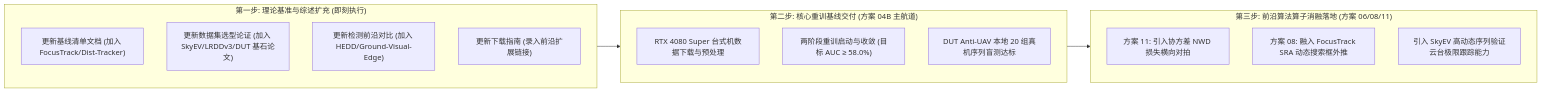
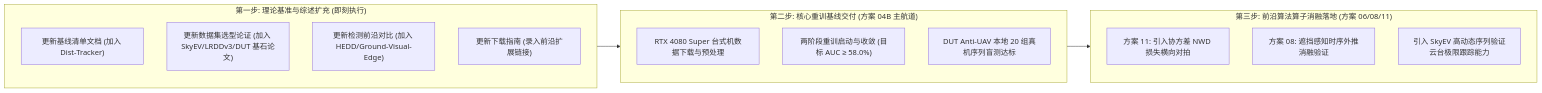
One commit to soranokiseki1437/nanhu_RGB_PTZ changed the second of 2 diagrams in 待执行方案/临时_前沿小模型与数据集纳入课题演进规划方案.md. Above: the diagram before and after it, drawn with Mermaid. The commit also changed other lines of this file and 1 other file, not shown here.

````diff
--- a/待执行方案/临时_前沿小模型与数据集纳入课题演进规划方案.md
+++ b/待执行方案/临时_前沿小模型与数据集纳入课题演进规划方案.md
@@ -160,24 +161,24 @@
 ```mermaid
 flowchart LR
     subgraph Step1 ["第一步: 理论基准与综述扩充 (即刻执行)"]
-        A1["更新基线清单文档 (加入 FocusTrack/Dist-Tracker)"]
+        A1["更新基线清单文档 (加入 Dist-Tracker)"]
         A2["更新数据集选型论证 (加入 SkyEV/LRDDv3/DUT 基石论文)"]
         A3["更新检测前沿对比 (加入 HEDD/Ground-Visual-Edge)"]
         A4["更新下载指南 (录入前沿扩展链接)"]
     end
 
     subgraph Step2 ["第二步: 核心重训基线交付 (方案 04B 主航道)"]
         B1["RTX 4080 Super 台式机数据下载与预处理"]
         B2["两阶段重训启动与收敛 (目标 AUC ≥ 58.0%)"]
         B3["DUT Anti-UAV 本地 20 组真机序列盲测达标"]
     end
 
     subgraph Step3 ["第三步: 前沿算法算子消融落地 (方案 06/08/11)"]
         C1["方案 11: 引入协方差 NWD 损失横向对拍"]
-        C2["方案 08: 融入 FocusTrack SRA 动态搜索框外推"]
+        C2["方案 08: 遮挡感知时序外推消融验证"]
         C3["引入 SkyEV 高动态序列验证云台极限跟踪能力"]
     end
 
     Step1 --> Step2
     Step2 --> Step3
 ```
````
